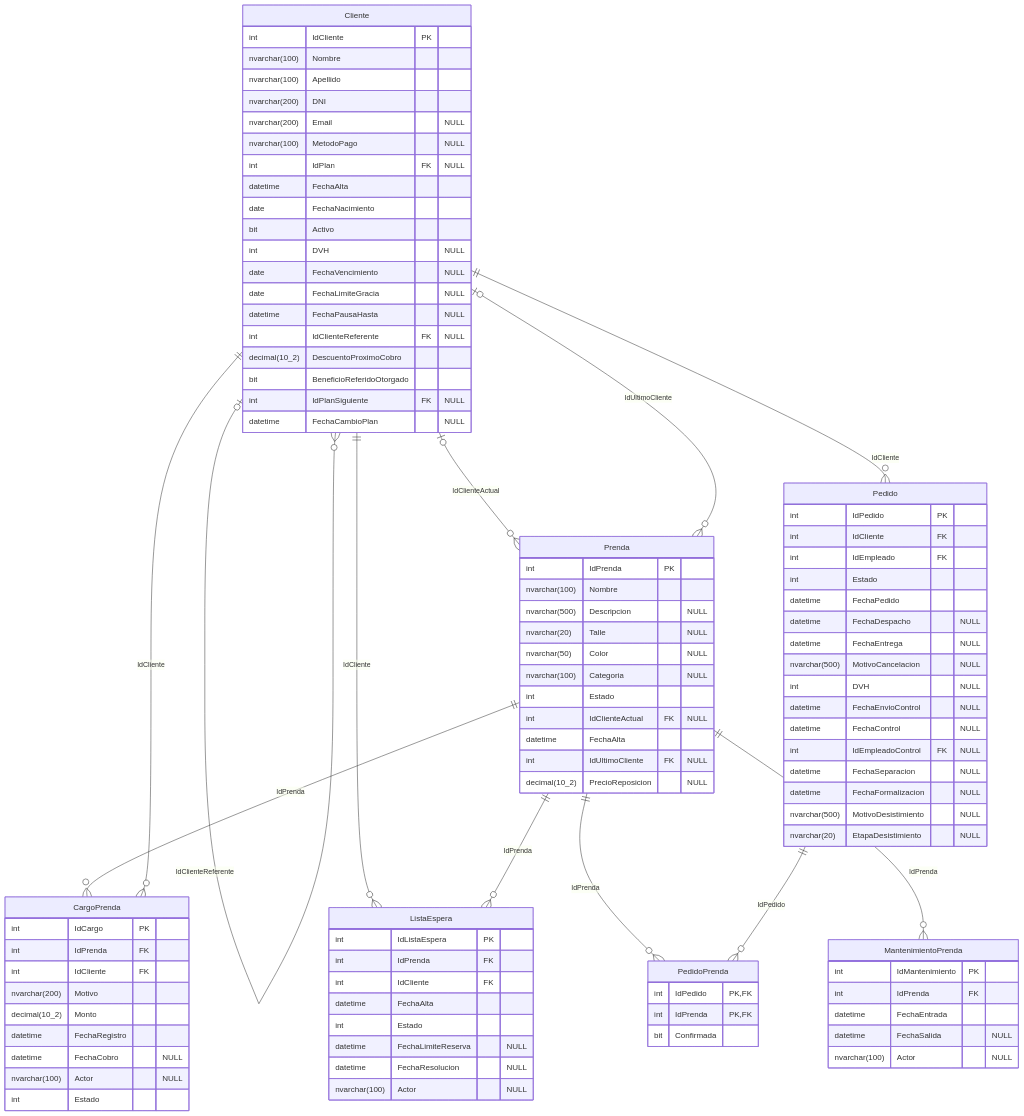
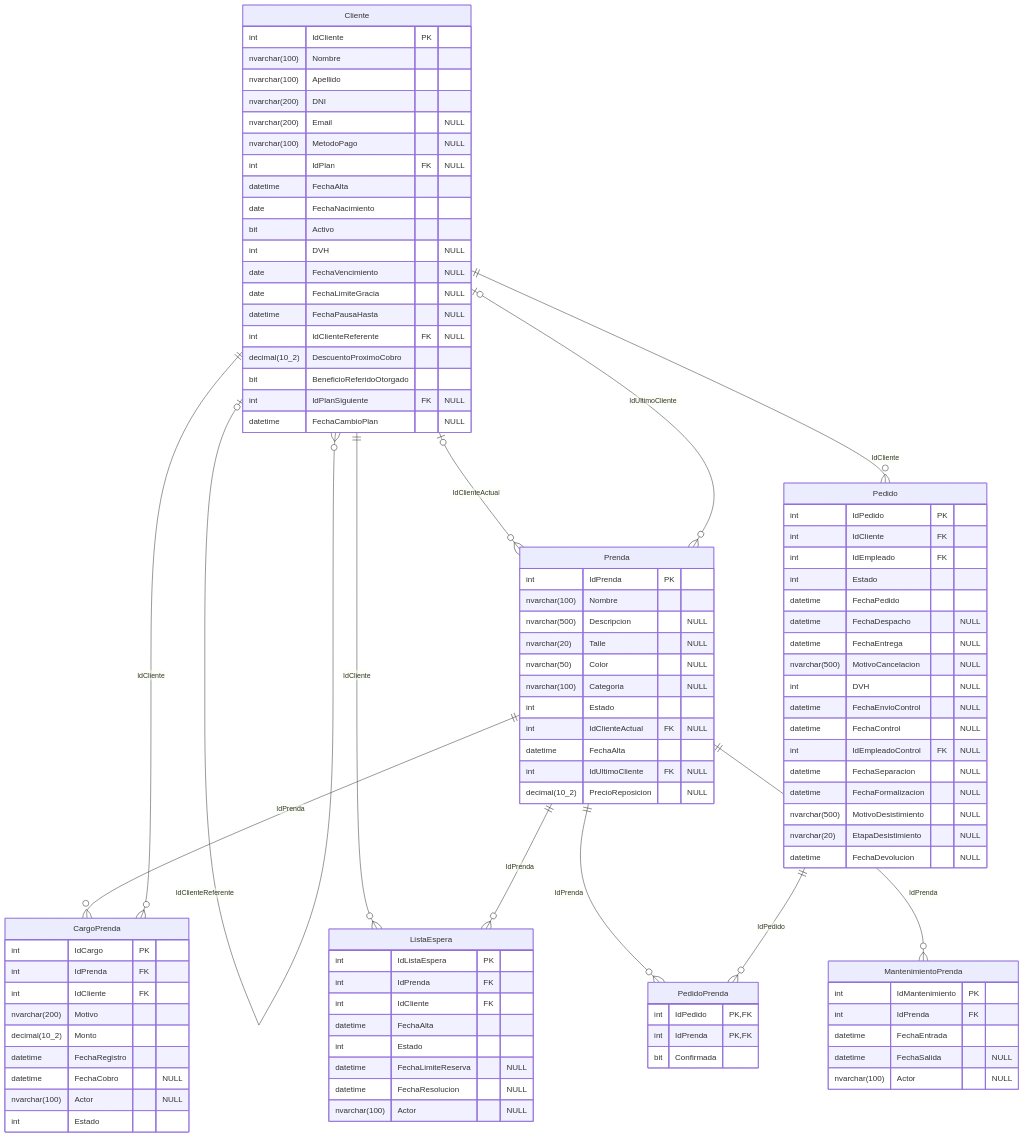
One commit to valentinamorana/Trabajo-de-Diploma changed the diagram in docs/diagramas/mermaid/DER_pn04_devolucion.mmd. Above: the diagram before and after it, drawn with Mermaid. The commit also changed 27 other files, not shown here.

First line of the commit message:
PN04: fecha de devolucion del pedido y pedidos atrasados (compra tacita sin devolver)

```diff
--- a/docs/diagramas/mermaid/DER_pn04_devolucion.mmd
+++ b/docs/diagramas/mermaid/DER_pn04_devolucion.mmd
@@ -1,97 +1,98 @@
 erDiagram
   Prenda ||--o{ CargoPrenda : "IdPrenda"
   Cliente ||--o{ CargoPrenda : "IdCliente"
   Cliente |o--o{ Cliente : "IdClienteReferente"
   Cliente ||--o{ ListaEspera : "IdCliente"
   Prenda ||--o{ ListaEspera : "IdPrenda"
   Prenda ||--o{ MantenimientoPrenda : "IdPrenda"
   Cliente ||--o{ Pedido : "IdCliente"
   Prenda ||--o{ PedidoPrenda : "IdPrenda"
   Pedido ||--o{ PedidoPrenda : "IdPedido"
   Cliente |o--o{ Prenda : "IdClienteActual"
   Cliente |o--o{ Prenda : "IdUltimoCliente"
   Cliente {
     int IdCliente PK
     nvarchar(100) Nombre
     nvarchar(100) Apellido
     nvarchar(200) DNI
     nvarchar(200) Email "NULL"
     nvarchar(100) MetodoPago "NULL"
     int IdPlan FK "NULL"
     datetime FechaAlta
     date FechaNacimiento
     bit Activo
     int DVH "NULL"
     date FechaVencimiento "NULL"
     date FechaLimiteGracia "NULL"
     datetime FechaPausaHasta "NULL"
     int IdClienteReferente FK "NULL"
     decimal(10_2) DescuentoProximoCobro
     bit BeneficioReferidoOtorgado
     int IdPlanSiguiente FK "NULL"
     datetime FechaCambioPlan "NULL"
   }
   Pedido {
     int IdPedido PK
     int IdCliente FK
     int IdEmpleado FK
     int Estado
     datetime FechaPedido
     datetime FechaDespacho "NULL"
     datetime FechaEntrega "NULL"
     nvarchar(500) MotivoCancelacion "NULL"
     int DVH "NULL"
     datetime FechaEnvioControl "NULL"
     datetime FechaControl "NULL"
     int IdEmpleadoControl FK "NULL"
     datetime FechaSeparacion "NULL"
     datetime FechaFormalizacion "NULL"
     nvarchar(500) MotivoDesistimiento "NULL"
     nvarchar(20) EtapaDesistimiento "NULL"
+    datetime FechaDevolucion "NULL"
   }
   PedidoPrenda {
     int IdPedido PK,FK
     int IdPrenda PK,FK
     bit Confirmada
   }
   Prenda {
     int IdPrenda PK
     nvarchar(100) Nombre
     nvarchar(500) Descripcion "NULL"
     nvarchar(20) Talle "NULL"
     nvarchar(50) Color "NULL"
     nvarchar(100) Categoria "NULL"
     int Estado
     int IdClienteActual FK "NULL"
     datetime FechaAlta
     int IdUltimoCliente FK "NULL"
     decimal(10_2) PrecioReposicion "NULL"
   }
   MantenimientoPrenda {
     int IdMantenimiento PK
     int IdPrenda FK
     datetime FechaEntrada
     datetime FechaSalida "NULL"
     nvarchar(100) Actor "NULL"
   }
   CargoPrenda {
     int IdCargo PK
     int IdPrenda FK
     int IdCliente FK
     nvarchar(200) Motivo
     decimal(10_2) Monto
     datetime FechaRegistro
     datetime FechaCobro "NULL"
     nvarchar(100) Actor "NULL"
     int Estado
   }
   ListaEspera {
     int IdListaEspera PK
     int IdPrenda FK
     int IdCliente FK
     datetime FechaAlta
     int Estado
     datetime FechaLimiteReserva "NULL"
     datetime FechaResolucion "NULL"
     nvarchar(100) Actor "NULL"
   }
```
